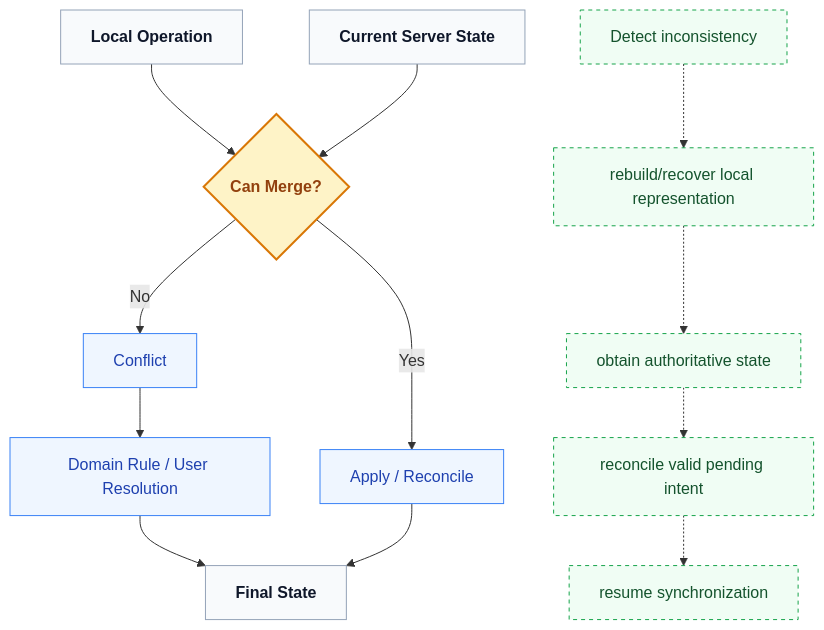
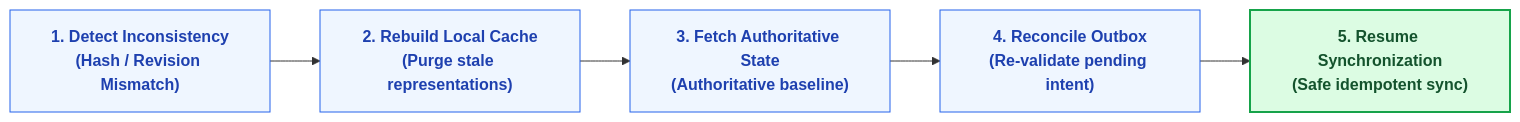
The fifth of 6 diagrams in docs/architecture/08-Offline-Sync-Resilience.md (davidalbertstark-lab/Lenar), drawn with Mermaid before and after one commit. The commit also changed other lines of this file and 28 other files, not shown here.

Commit message:
docs: system-wide diagram redesign for first-instance comprehension

````diff
--- a/docs/architecture/08-Offline-Sync-Resilience.md
+++ b/docs/architecture/08-Offline-Sync-Resilience.md
@@ -200,45 +215,16 @@
 ```mermaid
-flowchart TD
-    classDef state fill:#f8fafc,stroke:#94a3b8,stroke-width:1px,color:#0f172a,font-weight:bold
-    classDef decision fill:#fef3c7,stroke:#d97706,stroke-width:2px,color:#92400e,font-weight:bold
-    classDef action fill:#eff6ff,stroke:#3b82f6,stroke-width:1px,color:#1e40af
-    classDef recovery fill:#f0fdf4,stroke:#16a34a,stroke-width:1px,color:#14532d,stroke-dasharray: 4 4
+flowchart LR
+    classDef step fill:#eff6ff,stroke:#2563eb,stroke-width:1px,color:#1e40af,font-weight:bold
+    classDef outcome fill:#dcfce3,stroke:#16a34a,stroke-width:2px,color:#14532d,font-weight:bold
 
-    LO[Local Operation]
-    CSS[Current Server State]
-    
-    CM{Can Merge?}
-    
-    LO --> CM
-    CSS --> CM
-    
-    AR[Apply / Reconcile]
-    CM -->|Yes| AR
-    
-    C[Conflict]
-    CM -->|No| C
-    
-    DR[Domain Rule / User Resolution]
-    C --> DR
-    
-    FS[Final State]
-    DR --> FS
-    AR --> FS
+    S1["1. Detect Inconsistency<br/>(Hash / Revision Mismatch)"]:::step
+    S2["2. Rebuild Local Cache<br/>(Purge stale representations)"]:::step
+    S3["3. Fetch Authoritative State<br/>(Authoritative baseline)"]:::step
+    S4["4. Reconcile Outbox<br/>(Re-validate pending intent)"]:::step
+    S5["5. Resume Synchronization<br/>(Safe idempotent sync)"]:::outcome
 
-    %% Recovery Path
-    DI[Detect inconsistency]
-    RBLR[rebuild/recover local representation]
-    OAS[obtain authoritative state]
-    RVPI[reconcile valid pending intent]
-    RS[resume synchronization]
-
-    DI -.-> RBLR
-    RBLR -.-> OAS
-    OAS -.-> RVPI
-    RVPI -.-> RS
-
-    class LO,CSS,FS state;
-    class CM decision;
-    class AR,C,DR action;
-    class DI,RBLR,OAS,RVPI,RS recovery;
+    S1 --> S2
+    S2 --> S3
+    S3 --> S4
+    S4 --> S5
 ```
````
